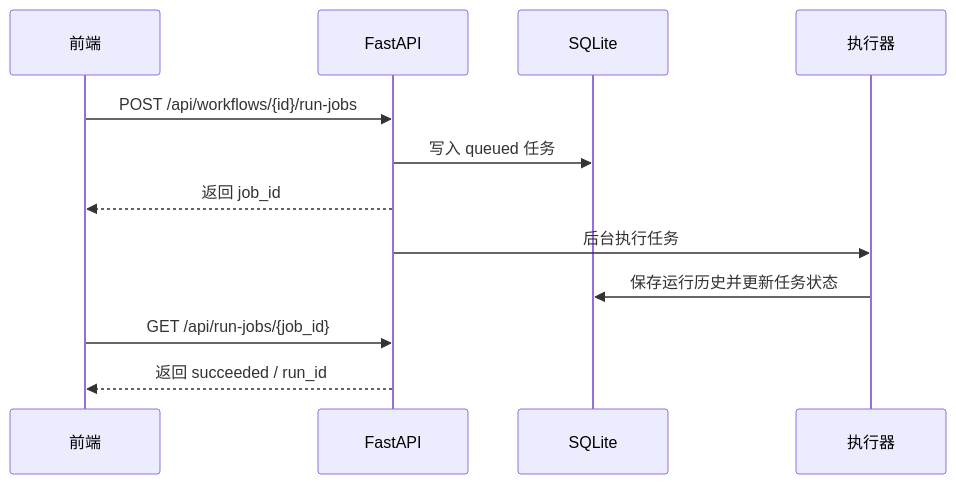
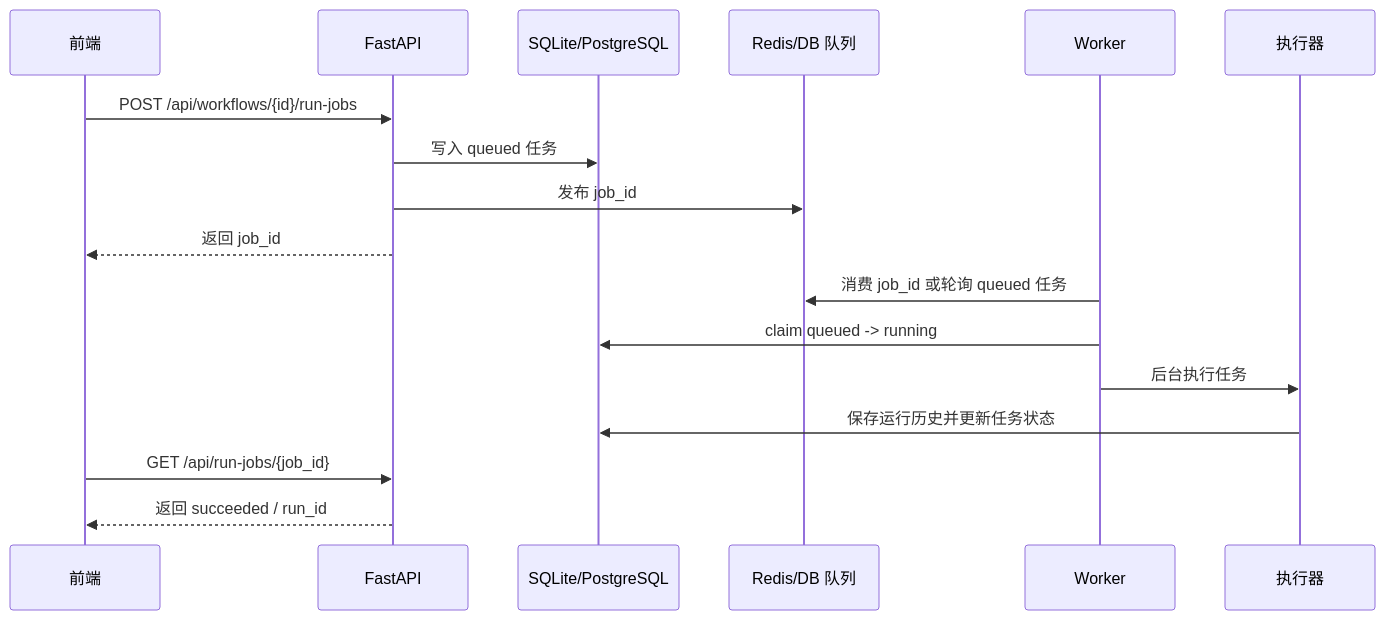
One commit to 996963759/workflow-studio changed the second of 3 diagrams in docs/architecture.md. Above: the diagram before and after it, drawn with Mermaid. The commit also changed other lines of this file and 16 other files, not shown here.

````diff
--- a/docs/architecture.md
+++ b/docs/architecture.md
@@ -45,14 +49,19 @@
 ```mermaid
 sequenceDiagram
   participant UI as 前端
   participant API as FastAPI
-  participant DB as SQLite
+  participant DB as SQLite/PostgreSQL
+  participant Queue as Redis/DB 队列
+  participant Worker as Worker
   participant Runner as 执行器
   UI->>API: POST /api/workflows/{id}/run-jobs
   API->>DB: 写入 queued 任务
+  API->>Queue: 发布 job_id
   API-->>UI: 返回 job_id
-  API->>Runner: 后台执行任务
+  Worker->>Queue: 消费 job_id 或轮询 queued 任务
+  Worker->>DB: claim queued -> running
+  Worker->>Runner: 后台执行任务
   Runner->>DB: 保存运行历史并更新任务状态
   UI->>API: GET /api/run-jobs/{job_id}
   API-->>UI: 返回 succeeded / run_id
 ```
````
